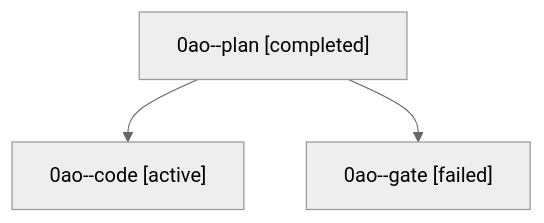
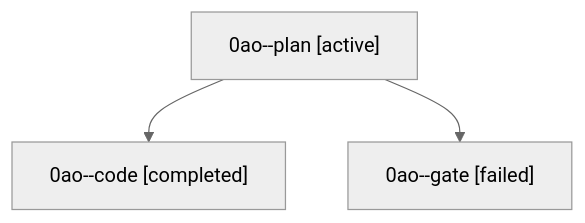
The diagram in families/bbugyi200.athena.0ao.md (sase-org/sase--agents), drawn with Mermaid (neutral theme) before and after one commit. The commit also changed other lines of this file and 35830 other files, not shown here.

````diff
--- a/families/bbugyi200.athena.0ao.md
+++ b/families/bbugyi200.athena.0ao.md
@@ -9,8 +9,8 @@
 ```mermaid
 flowchart TD
-  n0["0ao--plan [completed]"]
-  n1["0ao--code [active]"]
+  n0["0ao--plan [active]"]
+  n1["0ao--code [completed]"]
   n0 --> n1
   n2["0ao--gate [failed]"]
   n0 --> n2
 ```
````
